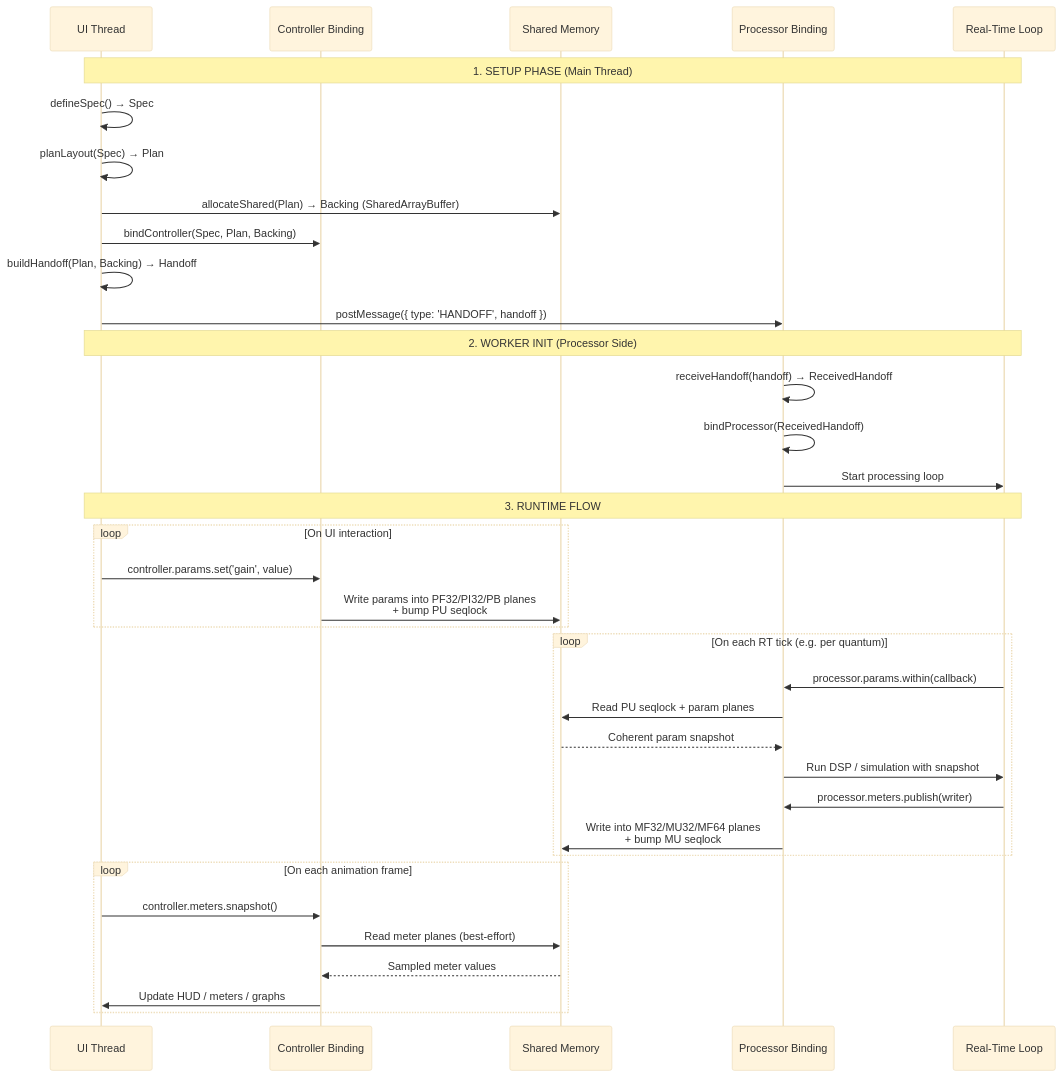
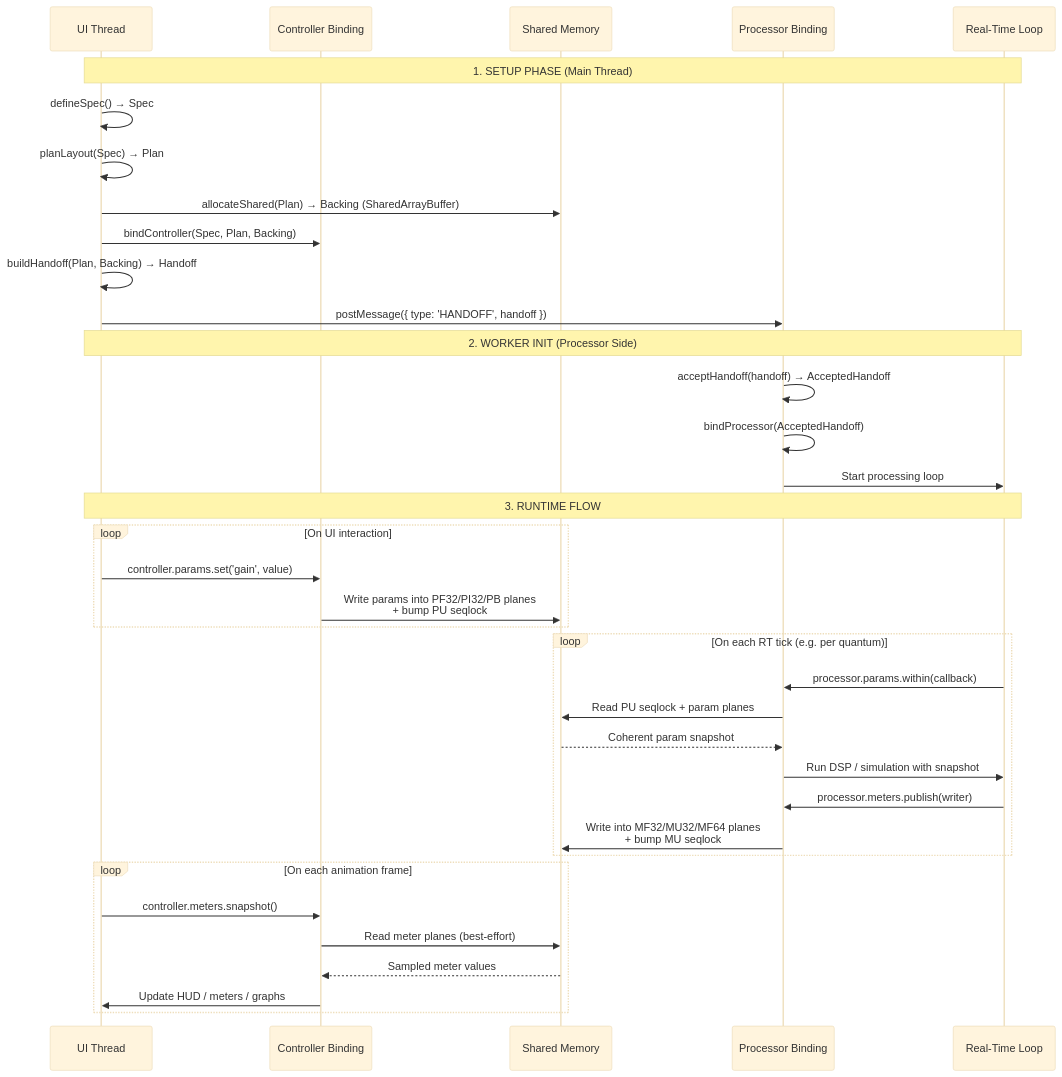
The second of 6 diagrams in packages/core/docs/architecture/16-seqlok-e2e-flow-visual-guide.md (maikeleckelboom/exclave-boundary), drawn with Mermaid (base theme) before and after one commit. The commit also changed other lines of this file and 51 other files, not shown here.

````diff
--- a/packages/core/docs/architecture/16-seqlok-e2e-flow-visual-guide.md
+++ b/packages/core/docs/architecture/16-seqlok-e2e-flow-visual-guide.md
@@ -63,44 +63,44 @@
 ```mermaid
 sequenceDiagram
   participant UI as UI Thread
   participant CTL as Controller Binding
   participant MEM as Shared Memory
   participant PROC as Processor Binding
   participant RT as Real-Time Loop
 
   Note over UI, RT: 1. SETUP PHASE (Main Thread)
   UI ->> UI: defineSpec() → Spec
   UI ->> UI: planLayout(Spec) → Plan
   UI ->> MEM: allocateShared(Plan) → Backing (SharedArrayBuffer)
   UI ->> CTL: bindController(Spec, Plan, Backing)
   UI ->> UI: buildHandoff(Plan, Backing) → Handoff
   UI ->> PROC: postMessage({ type: 'HANDOFF', handoff })
 
   Note over UI, RT: 2. WORKER INIT (Processor Side)
-  PROC ->> PROC: receiveHandoff(handoff) → ReceivedHandoff
-  PROC ->> PROC: bindProcessor(ReceivedHandoff)
+  PROC ->> PROC: acceptHandoff(handoff) → AcceptedHandoff
+  PROC ->> PROC: bindProcessor(AcceptedHandoff)
   PROC ->> RT: Start processing loop
 
   Note over UI, RT: 3. RUNTIME FLOW
 
   loop On UI interaction
     UI ->> CTL: controller.params.set('gain', value)
     CTL ->> MEM: Write params into PF32/PI32/PB planes<br/>+ bump PU seqlock
   end
 
   loop On each RT tick (e.g. per quantum)
     RT ->> PROC: processor.params.within(callback)
     PROC ->> MEM: Read PU seqlock + param planes
     MEM -->> PROC: Coherent param snapshot
     PROC ->> RT: Run DSP / simulation with snapshot
     RT ->> PROC: processor.meters.publish(writer)
     PROC ->> MEM: Write into MF32/MU32/MF64 planes<br/>+ bump MU seqlock
   end
 
   loop On each animation frame
     UI ->> CTL: controller.meters.snapshot()
     CTL ->> MEM: Read meter planes (best-effort)
     MEM -->> CTL: Sampled meter values
     CTL ->> UI: Update HUD / meters / graphs
   end
 ```
````
